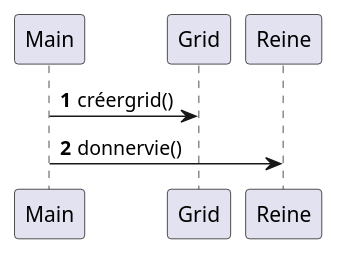
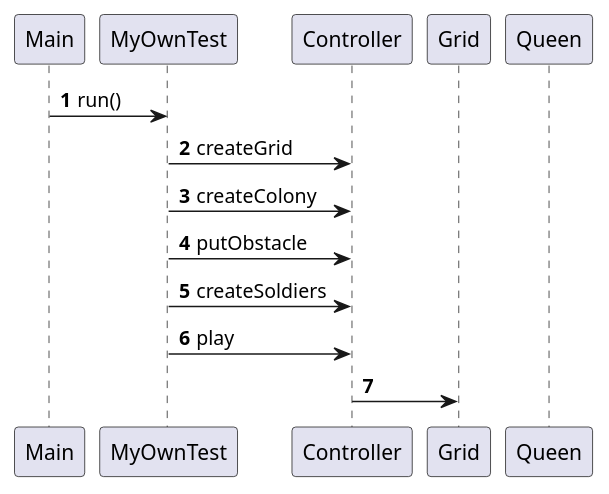
Before and after one commit to BaptisteWetterwald/dut-fourmis: the diagram in src/main/uml/DS_v1.puml, drawn with PlantUML. The commit also changed 12 other files, not shown here.

```diff
--- a/src/main/uml/DS_v1.puml
+++ b/src/main/uml/DS_v1.puml
@@ -1,12 +1,24 @@
 @startuml
 'https://plantuml.com/sequence-diagram
 
 autonumber
 
 Participant Main
+Participant MyOwnTest
+Participant Controller
 Participant Grid
-Participant Reine
+Participant Queen
 
-Main -> Grid : créergrid()
-Main -> Reine : donnervie()
+
+
+Main -> MyOwnTest : run()
+MyOwnTest -> Controller : createGrid
+MyOwnTest -> Controller : createColony
+MyOwnTest -> Controller : putObstacle
+MyOwnTest -> Controller : createSoldiers
+MyOwnTest -> Controller : play
+
+
+Controller -> Grid
+
 @enduml
```
